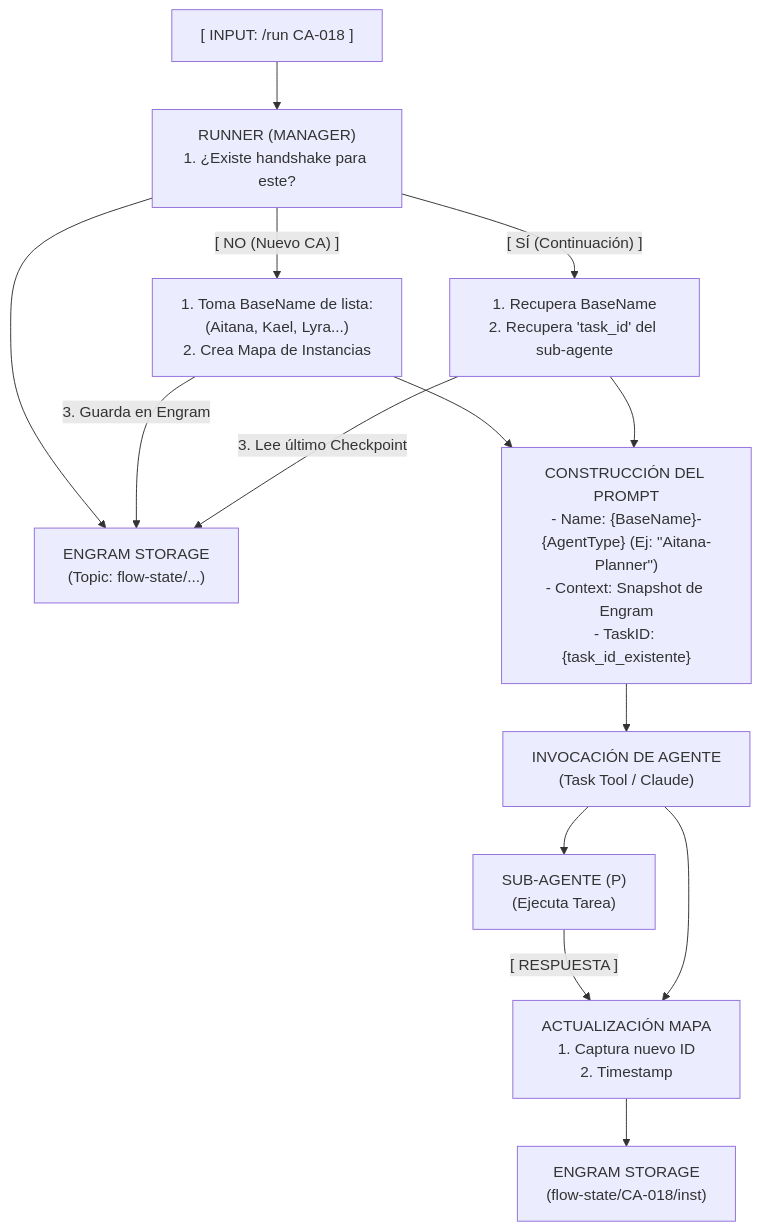
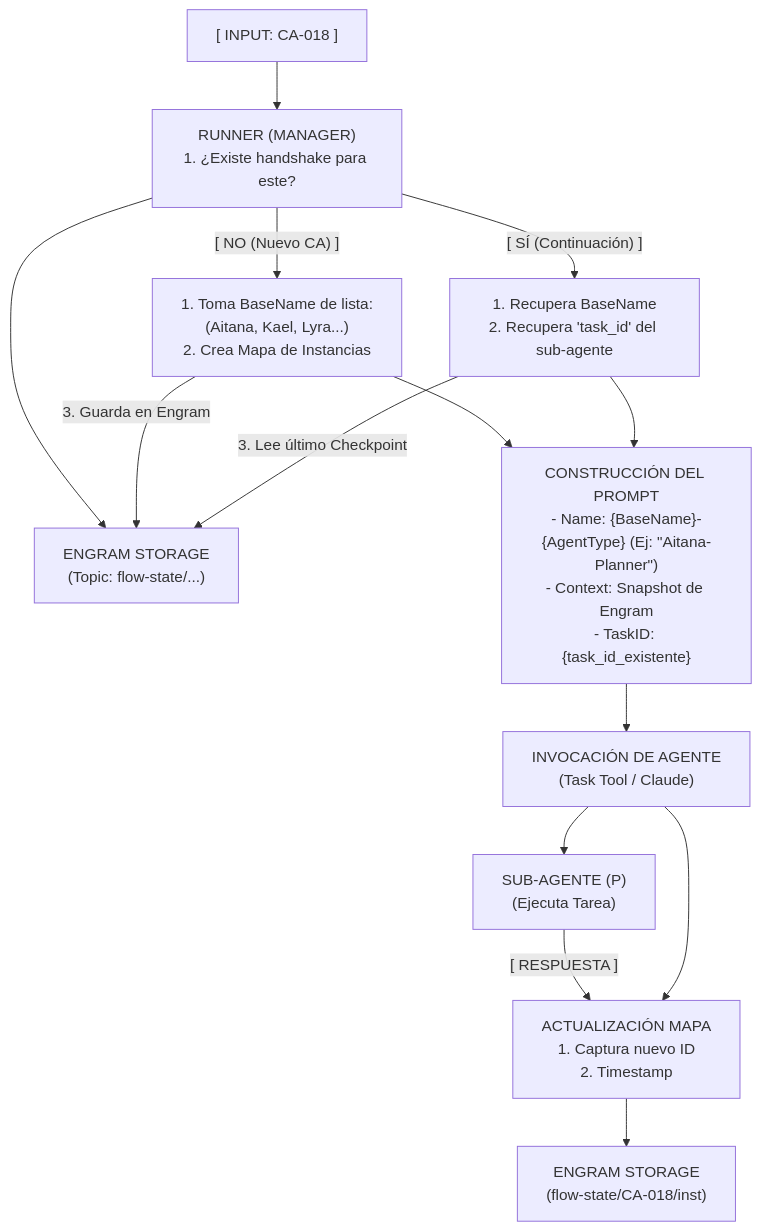
The diagram in docs/architecture/handshake.md (Saez520/flowtask), drawn with Mermaid before and after one commit. The commit also changed 23 other files, not shown here.

````diff
--- a/docs/architecture/handshake.md
+++ b/docs/architecture/handshake.md
@@ -3,27 +3,27 @@
 ```mermaid
 flowchart TD
-    INPUT["[ INPUT: /run CA-018 ]"]
+    INPUT["[ INPUT: CA-018 ]"]
     RUNNER["RUNNER (MANAGER)<br/>1. ¿Existe handshake para este?"]
     ENGRAM["ENGRAM STORAGE<br/>(Topic: flow-state/...)"]
     NO["1. Toma BaseName de lista:<br/>(Aitana, Kael, Lyra...)<br/>2. Crea Mapa de Instancias"]
     SI["1. Recupera BaseName<br/>2. Recupera 'task_id' del sub-agente"]
     PROMPT["CONSTRUCCIÓN DEL PROMPT<br/>- Name: {BaseName}-{AgentType} (Ej: #quot;Aitana-Planner#quot;)<br/>- Context: Snapshot de Engram<br/>- TaskID: {task_id_existente}"]
     INVOKE["INVOCACIÓN DE AGENTE<br/>(Task Tool / Claude)"]
     SUBAGENT["SUB-AGENTE (P)<br/>(Ejecuta Tarea)"]
     MAPA["ACTUALIZACIÓN MAPA<br/>1. Captura nuevo ID<br/>2. Timestamp"]
     ENGRAM2["ENGRAM STORAGE<br/>(flow-state/CA-018/inst)"]
 
     INPUT --> RUNNER
     RUNNER --> ENGRAM
     RUNNER -->|"[ NO (Nuevo CA) ]"| NO
     RUNNER -->|"[ SÍ (Continuación) ]"| SI
     NO -->|"3. Guarda en Engram"| ENGRAM
     SI -->|"3. Lee último Checkpoint"| ENGRAM
     NO --> PROMPT
     SI --> PROMPT
     PROMPT --> INVOKE
     INVOKE --> SUBAGENT
     SUBAGENT -->|"[ RESPUESTA ]"| MAPA
     INVOKE --> MAPA
     MAPA --> ENGRAM2
 ```
````
